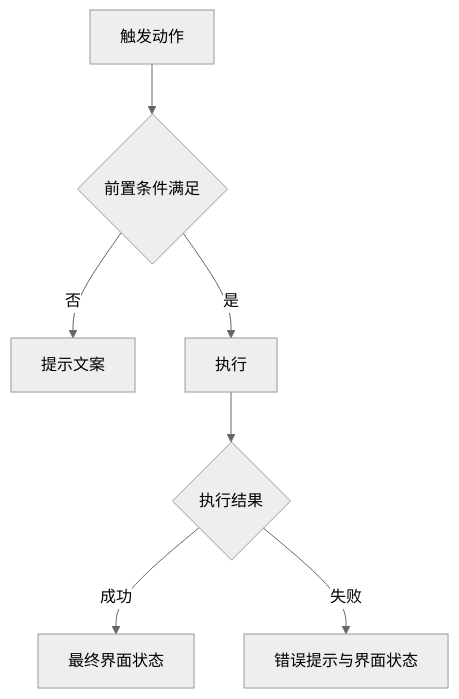
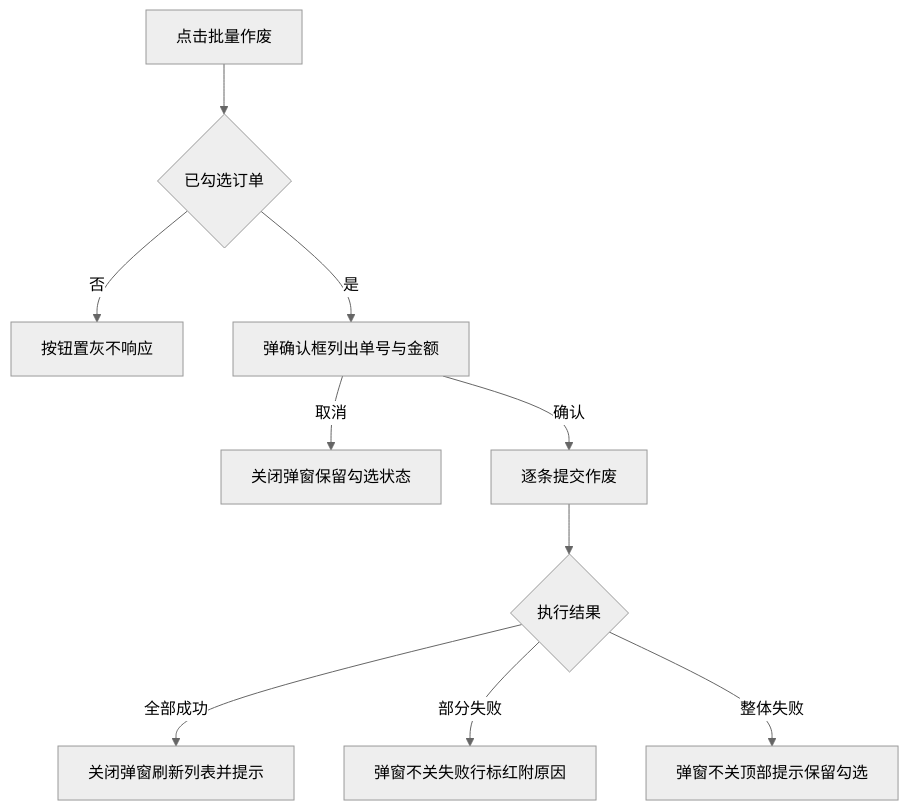
One commit to CharlesHYF/charles-prd-skill changed the first of 2 diagrams in templates/prd-example/versions/1.0/tasks.md. Above: the diagram before and after it, drawn with Mermaid (neutral theme). The commit also changed other lines of this file and 23 other files, not shown here.

````diff
--- a/templates/prd-example/versions/1.0/tasks.md
+++ b/templates/prd-example/versions/1.0/tasks.md
@@ -135,9 +133,12 @@
 ```mermaid
 flowchart TD
-	A[触发动作] --> B{前置条件满足}
-	B -- 否 --> C[提示文案]
-	B -- 是 --> D[执行]
-	D --> E{执行结果}
-	E -- 成功 --> F[最终界面状态]
-	E -- 失败 --> G[错误提示与界面状态]
+	A[点击批量作废] --> B{已勾选订单}
+	B -- 否 --> C[按钮置灰不响应]
+	B -- 是 --> D[弹确认框列出单号与金额]
+	D -- 取消 --> E[关闭弹窗保留勾选状态]
+	D -- 确认 --> F[逐条提交作废]
+	F --> G{执行结果}
+	G -- 全部成功 --> H[关闭弹窗刷新列表并提示]
+	G -- 部分失败 --> I[弹窗不关失败行标红附原因]
+	G -- 整体失败 --> J[弹窗不关顶部提示保留勾选]
 ```
````
